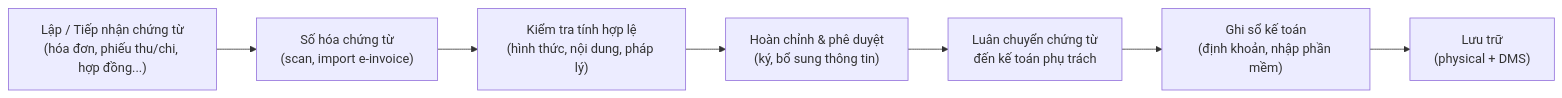
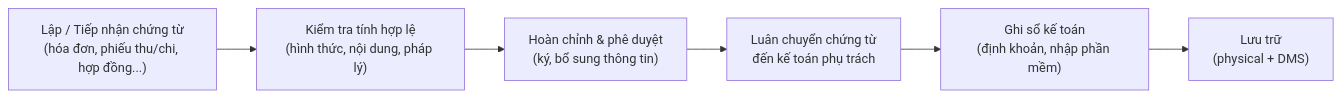
The third of 14 diagrams in OrgAgent/accounting.md (anhttmle/CAIO), drawn with Mermaid before and after one commit. The commit also changed other lines of this file, not shown here.

````diff
--- a/OrgAgent/accounting.md
+++ b/OrgAgent/accounting.md
@@ -57,9 +57,9 @@
 ```mermaid
 flowchart LR
-    A["Lập / Tiếp nhận chứng từ\n(hóa đơn, phiếu thu/chi, hợp đồng...)"] --> B["Số hóa chứng từ\n(scan, import e-invoice)"]
-    B --> C["Kiểm tra tính hợp lệ\n(hình thức, nội dung, pháp lý)"]
+    A["Lập / Tiếp nhận chứng từ\n(hóa đơn, phiếu thu/chi, hợp đồng...)"]
+    A --> C["Kiểm tra tính hợp lệ\n(hình thức, nội dung, pháp lý)"]
     C --> D["Hoàn chỉnh & phê duyệt\n(ký, bổ sung thông tin)"]
     D --> E["Luân chuyển chứng từ\nđến kế toán phụ trách"]
     E --> F["Ghi sổ kế toán\n(định khoản, nhập phần mềm)"]
     F --> G["Lưu trữ\n(physical + DMS)"]
 ```
````
